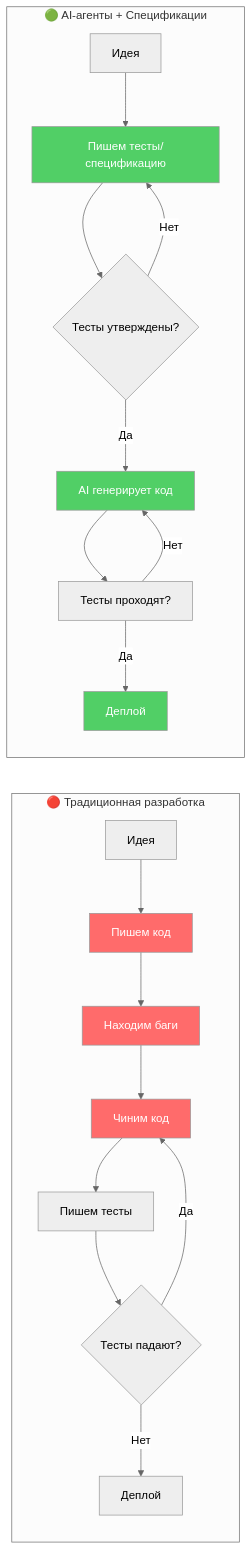
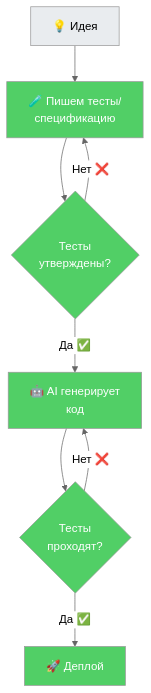
The second of 12 diagrams in materials/workshop3.md (ad3002/masters-course-2025-vibe-coding), drawn with Mermaid (neutral theme) before and after one commit. The commit also changed other lines of this file, not shown here.

Commit message:
fix: исправлено отображение диаграмм сравнения подходов
- Разделены на две отдельные диаграммы (вертикальное расположение)
- Добавлены эмодзи для наглядности (💡 🤖 🧪 🚀)
- Использованы переносы строк <br/> для длинного текста
- Улучшена цветовая кодировка:
  * Традиционная: красные блоки (проблемные этапы)
  * AI-агенты: зелёные блоки (эффективные этапы)
- Убрано наложение текста "Да/Нет" на узлы

Теперь диаграммы читаются отдельно и не налазят друг на друга.

````diff
--- a/materials/workshop3.md
+++ b/materials/workshop3.md
@@ -33,30 +54,17 @@
 ```mermaid
-graph LR
-    subgraph "🔴 Традиционная разработка"
-        T1[Идея] --> T2[Пишем код]
-        T2 --> T3[Находим баги]
-        T3 --> T4[Чиним код]
-        T4 --> T5[Пишем тесты]
-        T5 --> T6{Тесты падают?}
-        T6 -->|Да| T4
-        T6 -->|Нет| T7[Деплой]
+graph TD
+    A1[💡 Идея] --> A2[🧪 Пишем тесты/<br/>спецификацию]
+    A2 --> A3{Тесты<br/>утверждены?}
+    A3 -->|Нет ❌| A2
+    A3 -->|Да ✅| A4[🤖 AI генерирует<br/>код]
+    A4 --> A5{Тесты<br/>проходят?}
+    A5 -->|Нет ❌| A4
+    A5 -->|Да ✅| A6[🚀 Деплой]
 
-        style T2 fill:#ff6b6b,color:#fff
-        style T3 fill:#ff6b6b,color:#fff
-        style T4 fill:#ff6b6b,color:#fff
-    end
-
-    subgraph "🟢 AI-агенты + Спецификации"
-        A1[Идея] --> A2[Пишем тесты/спецификацию]
-        A2 --> A3{Тесты утверждены?}
-        A3 -->|Нет| A2
-        A3 -->|Да| A4[AI генерирует код]
-        A4 --> A5[Тесты проходят?]
-        A5 -->|Нет| A4
-        A5 -->|Да| A6[Деплой]
-
-        style A2 fill:#51cf66,color:#fff
-        style A4 fill:#51cf66,color:#fff
-        style A6 fill:#51cf66,color:#fff
-    end
+    style A1 fill:#e9ecef
+    style A2 fill:#51cf66,color:#fff
+    style A3 fill:#51cf66,color:#fff
+    style A4 fill:#51cf66,color:#fff
+    style A5 fill:#51cf66,color:#fff
+    style A6 fill:#51cf66,color:#fff
 ```
````
